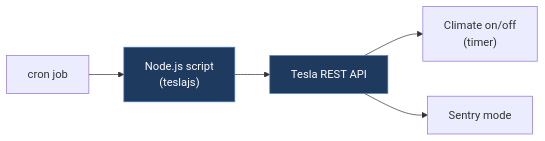
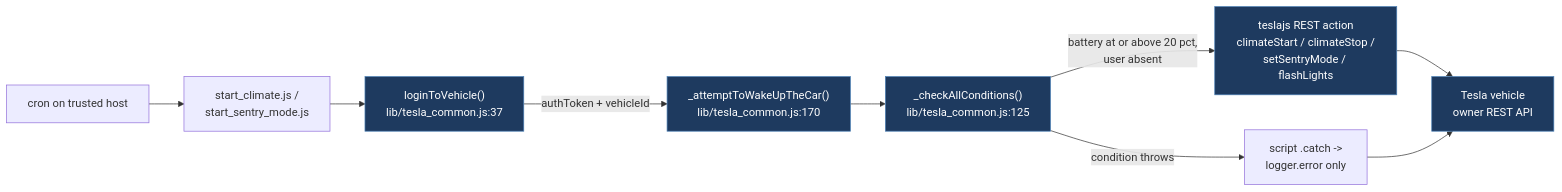
The first of 3 diagrams in docs/legacy/jberstler-tesla-warmer.md (babico/TeslaCANModder), drawn with Mermaid before and after one commit. The commit also changed other lines of this file and 99 other files, not shown here.

````diff
--- a/docs/legacy/jberstler-tesla-warmer.md
+++ b/docs/legacy/jberstler-tesla-warmer.md
@@ -26,9 +87,13 @@
 ```mermaid
 flowchart LR
-    Cron["cron job"] --> Node["Node.js script<br/>(teslajs)"]
-    Node --> REST["Tesla REST API"]
-    REST --> Climate["Climate on/off<br/>(timer)"]
-    REST --> Sentry["Sentry mode"]
-    classDef path fill:#1e3a5f,stroke:#4a7fb5,color:#fff
-    class Node,REST path
+    Cron["cron on trusted host"] --> Script["start_climate.js /<br/>start_sentry_mode.js"]
+    Script --> Login["loginToVehicle()<br/>lib/tesla_common.js:37"]
+    Login -->|"authToken + vehicleId"| Wake["_attemptToWakeUpTheCar()<br/>lib/tesla_common.js:170"]
+    Wake --> Gates["_checkAllConditions()<br/>lib/tesla_common.js:125"]
+    Gates -->|"battery at or above 20 pct,<br/>user absent"| Act["teslajs REST action<br/>climateStart / climateStop /<br/>setSentryMode / flashLights"]
+    Gates -->|"condition throws"| Err["script .catch -><br/>logger.error only"]
+    Act --> Vehicle["Tesla vehicle<br/>owner REST API"]
+    Err --> Vehicle
+    classDef trusted fill:#1e3a5f,stroke:#4a7fb5,color:#fff
+    class Login,Wake,Gates,Act,Vehicle trusted
 ```
````
